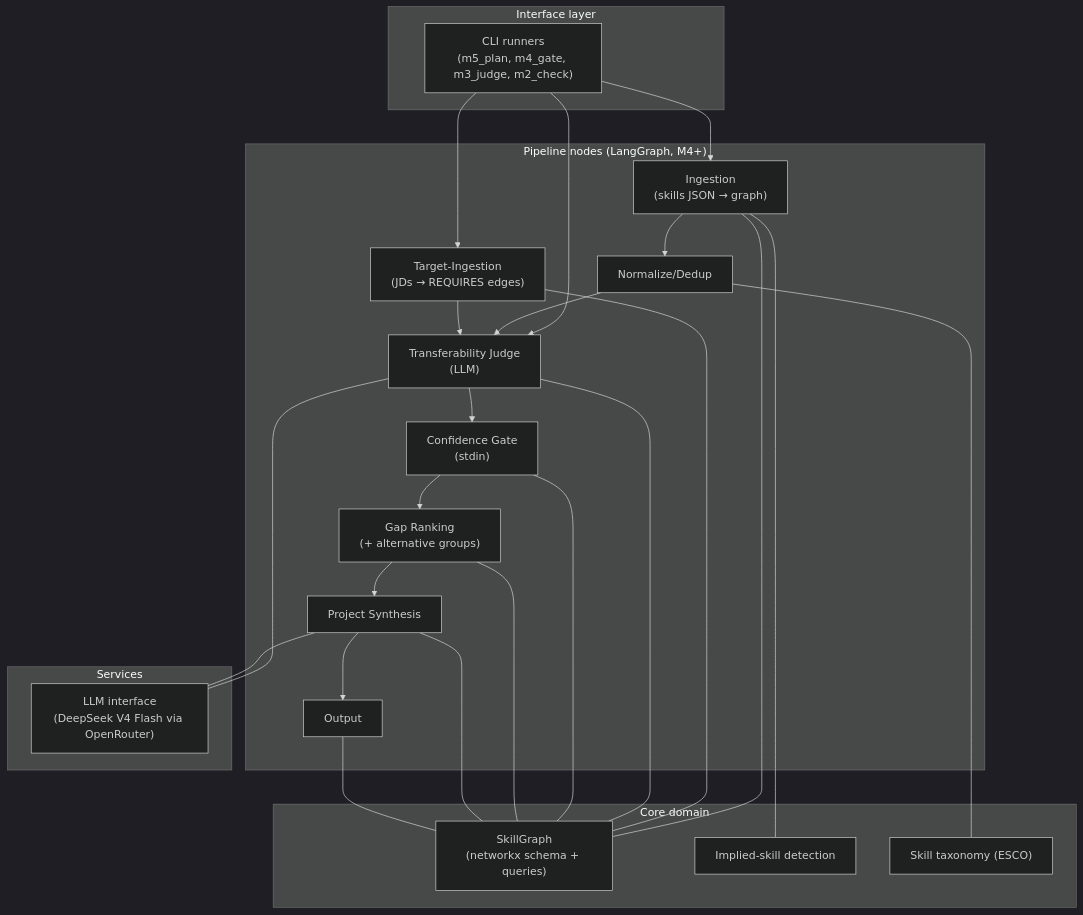
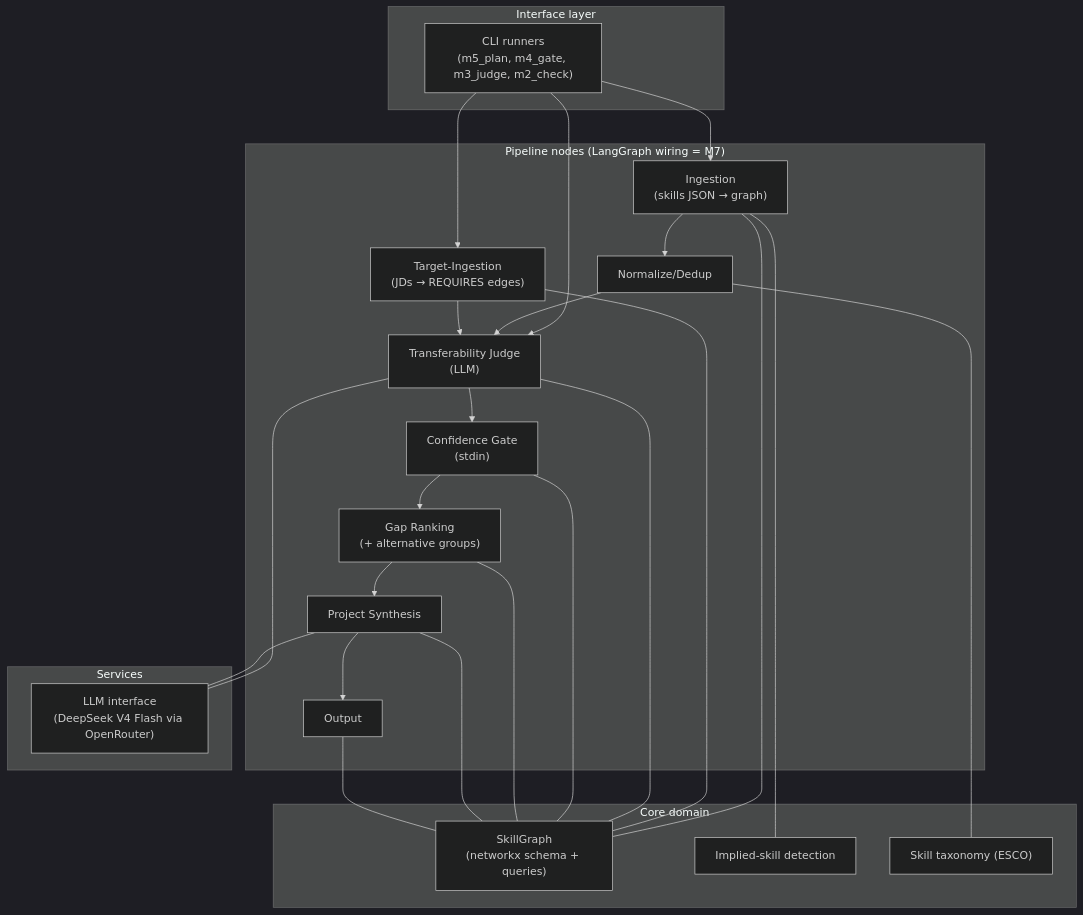
One commit to singhshubham95/skill-gap-agent changed the diagram in specs/1-system-overview.md. Above: the diagram before and after it, drawn with Mermaid (dark theme). The commit also changed other lines of this file and 7 other files, not shown here.

````diff
--- a/specs/1-system-overview.md
+++ b/specs/1-system-overview.md
@@ -24,33 +39,33 @@
 ```mermaid
 flowchart TB
     subgraph L1["Interface layer"]
         CLI["CLI runners<br/>(m5_plan, m4_gate, m3_judge, m2_check)"]
     end
-    subgraph L2["Pipeline nodes (LangGraph, M4+)"]
+    subgraph L2["Pipeline nodes (LangGraph wiring = M7)"]
         ING["Ingestion<br/>(skills JSON → graph)"]
         TING["Target-Ingestion<br/>(JDs → REQUIRES edges)"]
         NORM["Normalize/Dedup"]
         JUD["Transferability Judge<br/>(LLM)"]
         GATE["Confidence Gate<br/>(stdin)"]
         RANK["Gap Ranking<br/>(+ alternative groups)"]
         SYNTH["Project Synthesis"]
         OUT["Output"]
     end
     subgraph L3["Core domain"]
         GRAPH["SkillGraph<br/>(networkx schema + queries)"]
         IMP["Implied-skill detection"]
         TAX["Skill taxonomy (ESCO)"]
     end
     subgraph L4["Services"]
         LLM["LLM interface<br/>(DeepSeek V4 Flash via OpenRouter)"]
     end
     CLI --> ING & TING & JUD
     ING --> NORM --> JUD
     TING --> JUD
     JUD --> GATE --> RANK --> SYNTH --> OUT
     ING --- IMP
     NORM --- TAX
     JUD --- LLM
     SYNTH --- LLM
     ING & TING & JUD & GATE & RANK & SYNTH & OUT --- GRAPH
 ```
````
